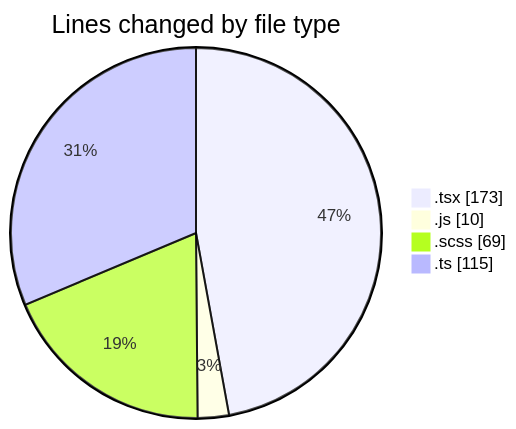
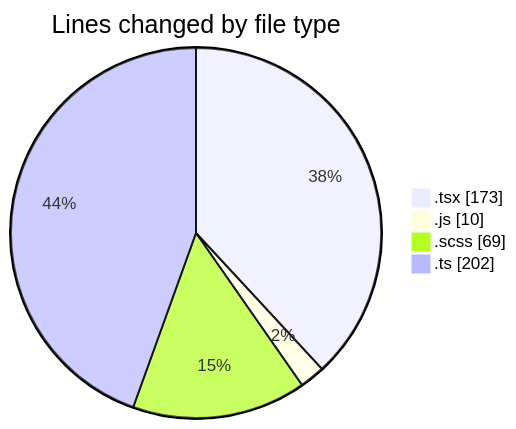
One commit to momahboobian/code-tracking changed the first of 2 diagrams in 2026-08-25/cda/README.md. Above: the diagram before and after it, drawn with Mermaid. The commit also changed other lines of this file and 1 other file, not shown here.

````diff
--- a/2026-08-25/cda/README.md
+++ b/2026-08-25/cda/README.md
@@ -27,8 +27,8 @@
 ```mermaid
 pie showData
 title Lines changed by file type
 ".tsx" : 173
 ".js" : 10
 ".scss" : 69
-".ts" : 115
+".ts" : 202
 ```
````
